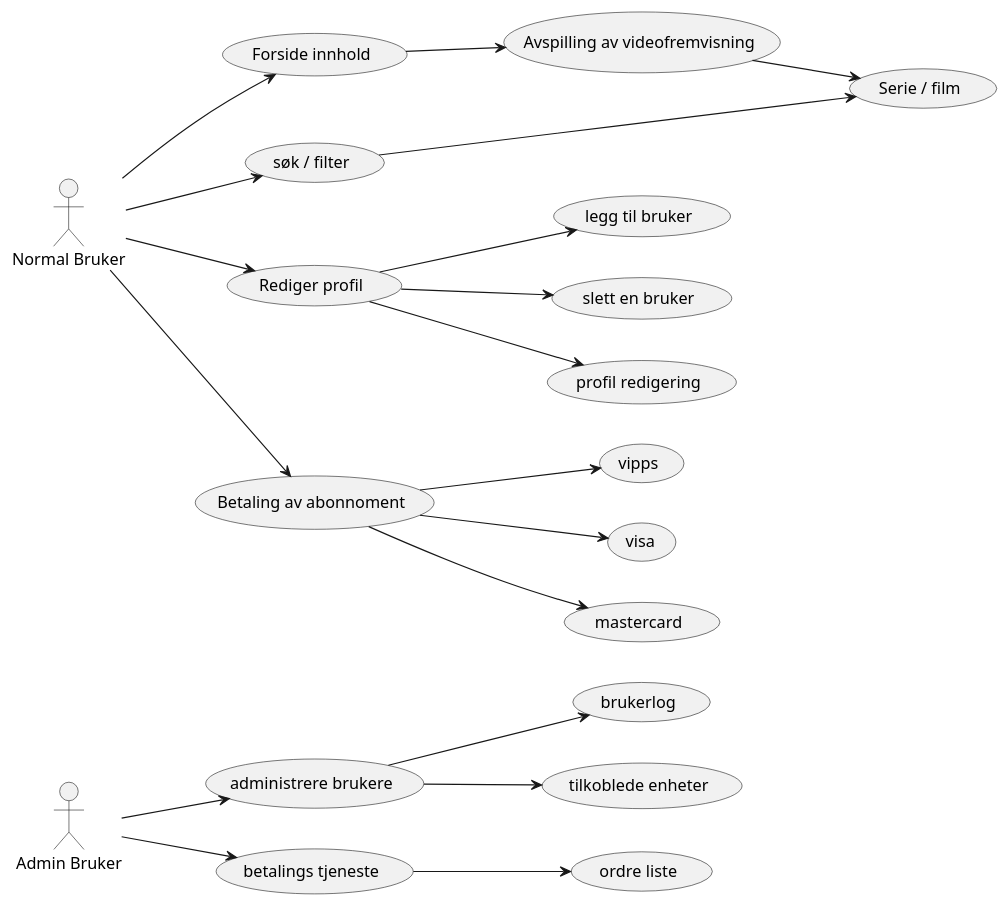
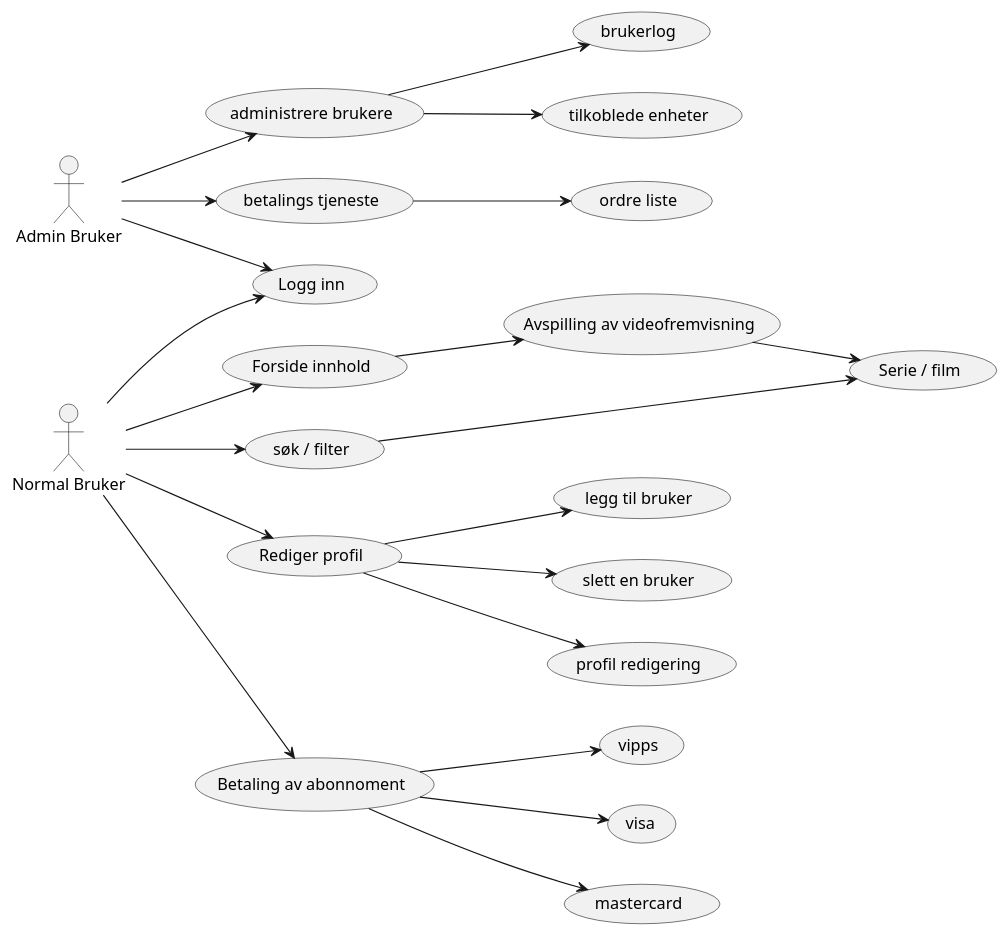
The diagram in oppgave_1.puml (mapclean9r/sandbox), drawn with PlantUML before and after one commit. The commit also changed 1 other file, not shown here.

```diff
--- a/oppgave_1.puml
+++ b/oppgave_1.puml
@@ -1,32 +1,34 @@
 @startuml
 
 left to right direction
 :Admin Bruker: as Admin
 :Normal Bruker: as Bruker
 
 Admin --> (administrere brukere)
 (administrere brukere) --> (brukerlog)
 (administrere brukere) --> (tilkoblede enheter)
 
 Admin --> (betalings tjeneste)
 (betalings tjeneste) --> (ordre liste)
 
 
+Admin --> (Logg inn)
+Bruker --> (Logg inn)
 
 (Forside innhold) --> (Avspilling av videofremvisning)
 Bruker --> (Forside innhold)
 Bruker --> (søk / filter)
 Bruker --> (Rediger profil)
 (Rediger profil) --> (legg til bruker)
 (Rediger profil) --> (slett en bruker)
 (Rediger profil) --> (profil redigering)
 (søk / filter) --> (Serie / film)
 (Avspilling av videofremvisning) --> (Serie / film)
 
 Bruker --> (Betaling av abonnoment)
 (Betaling av abonnoment) --> (vipps)
 (Betaling av abonnoment) --> (visa)
 (Betaling av abonnoment) --> (mastercard)
 
 
 @enduml
```
